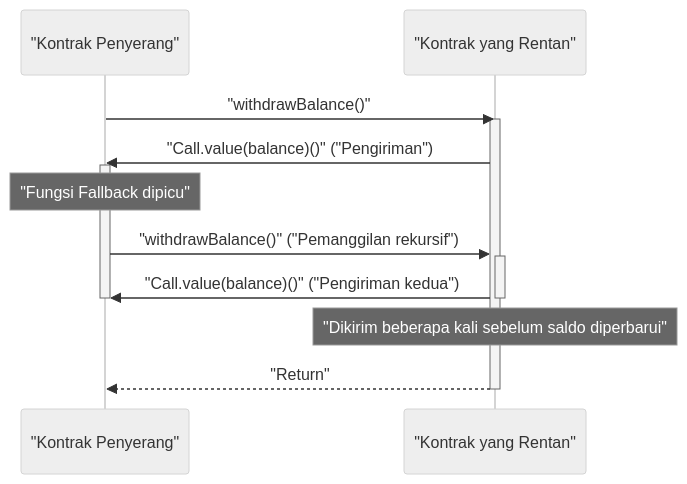
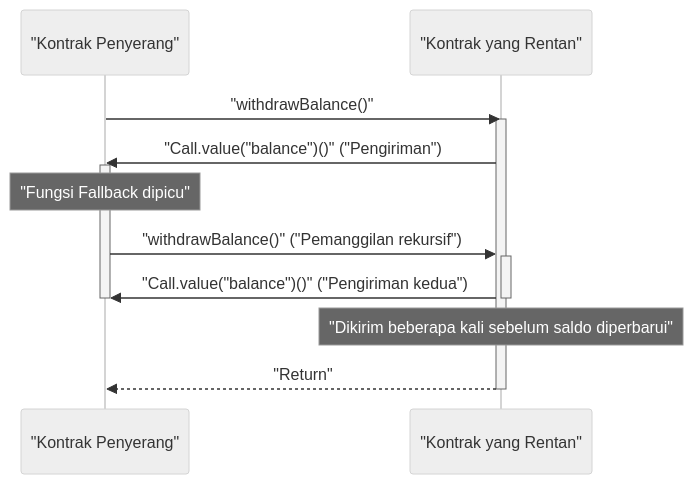
Before and after one commit to kenjinote/blog: the second of 2 diagrams in content/post/blockchain-technology-smart-contract-distributed-ledger/index.id.md, drawn with Mermaid (neutral theme). The commit also changed 929 other files, not shown here.

Commit message:
fix: Add double quotes to all Mermaid node texts to resolve syntax errors

````diff
--- a/content/post/blockchain-technology-smart-contract-distributed-ledger/index.id.md
+++ b/content/post/blockchain-technology-smart-contract-distributed-ledger/index.id.md
@@ -185,19 +185,19 @@
 ```mermaid
 sequenceDiagram
     participant A as "Kontrak Penyerang"
     participant V as "Kontrak yang Rentan"
 
     A->>V: "withdrawBalance()"
     activate V
-    V->>A: "Call.value(balance)()" ("Pengiriman")
+    V->>A: "Call.value("balance")()" ("Pengiriman")
     activate A
     Note over A: "Fungsi Fallback dipicu"
     A->>V: "withdrawBalance()" ("Pemanggilan rekursif")
     activate V
-    V->>A: "Call.value(balance)()" ("Pengiriman kedua")
+    V->>A: "Call.value("balance")()" ("Pengiriman kedua")
     deactivate V
     deactivate A
     Note over V: "Dikirim beberapa kali sebelum saldo diperbarui"
     V-->>A: "Return"
     deactivate V
 ```
````
